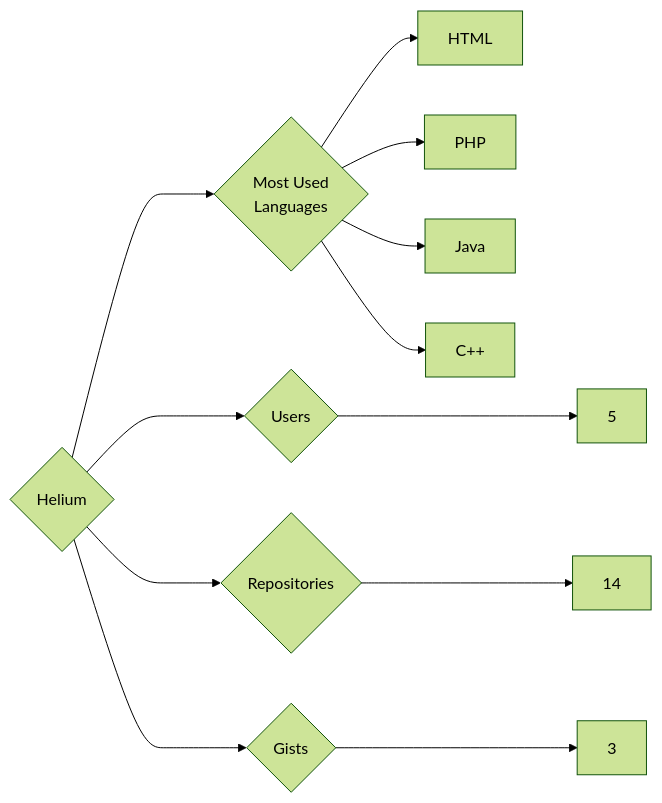
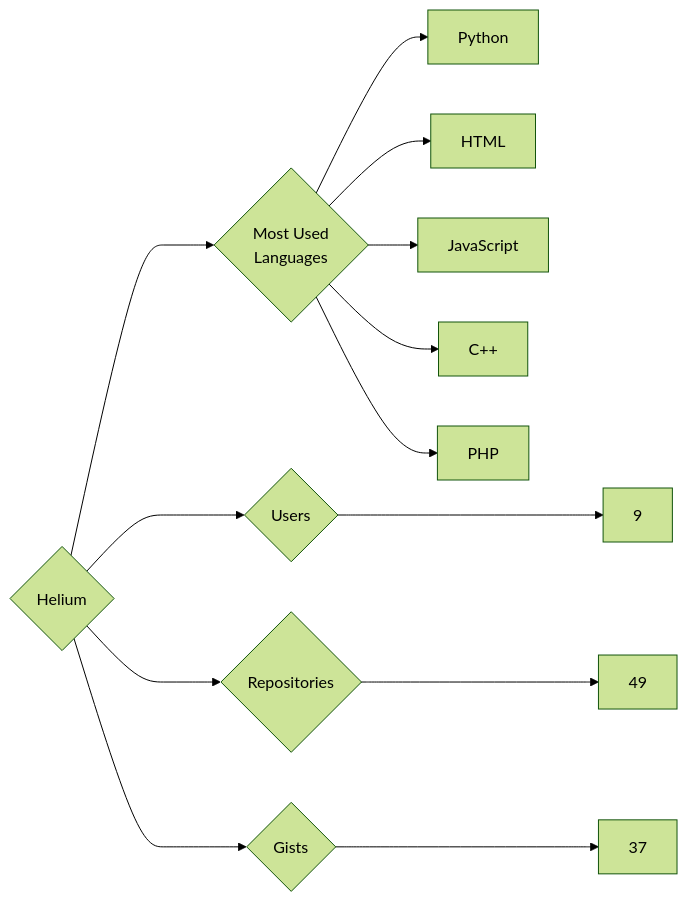
The diagram in targets/Helium/README.md (trickest/insiders), drawn with Mermaid (forest theme) before and after one commit. The commit also changed 873 other files, not shown here.

````diff
--- a/targets/Helium/README.md
+++ b/targets/Helium/README.md
@@ -3,12 +3,13 @@
 ```mermaid
 graph LR
 COMPANY_NAME{Helium}
-COMPANY_NAME ---> U{Users} ---> UN[5]
-COMPANY_NAME ---> R{Repositories} ---> RN[14]
-COMPANY_NAME ---> G{Gists} ---> GN[3]
+COMPANY_NAME ---> U{Users} ---> UN[9]
+COMPANY_NAME ---> R{Repositories} ---> RN[49]
+COMPANY_NAME ---> G{Gists} ---> GN[37]
 COMPANY_NAME ---> ML{Most Used<br>Languages}
+ML --> Python[Python]
 ML --> HTML[HTML]
+ML --> JavaScript[JavaScript]
+ML --> C++[C++]
 ML --> PHP[PHP]
-ML --> Java[Java]
-ML --> C++[C++]
 ```
````
